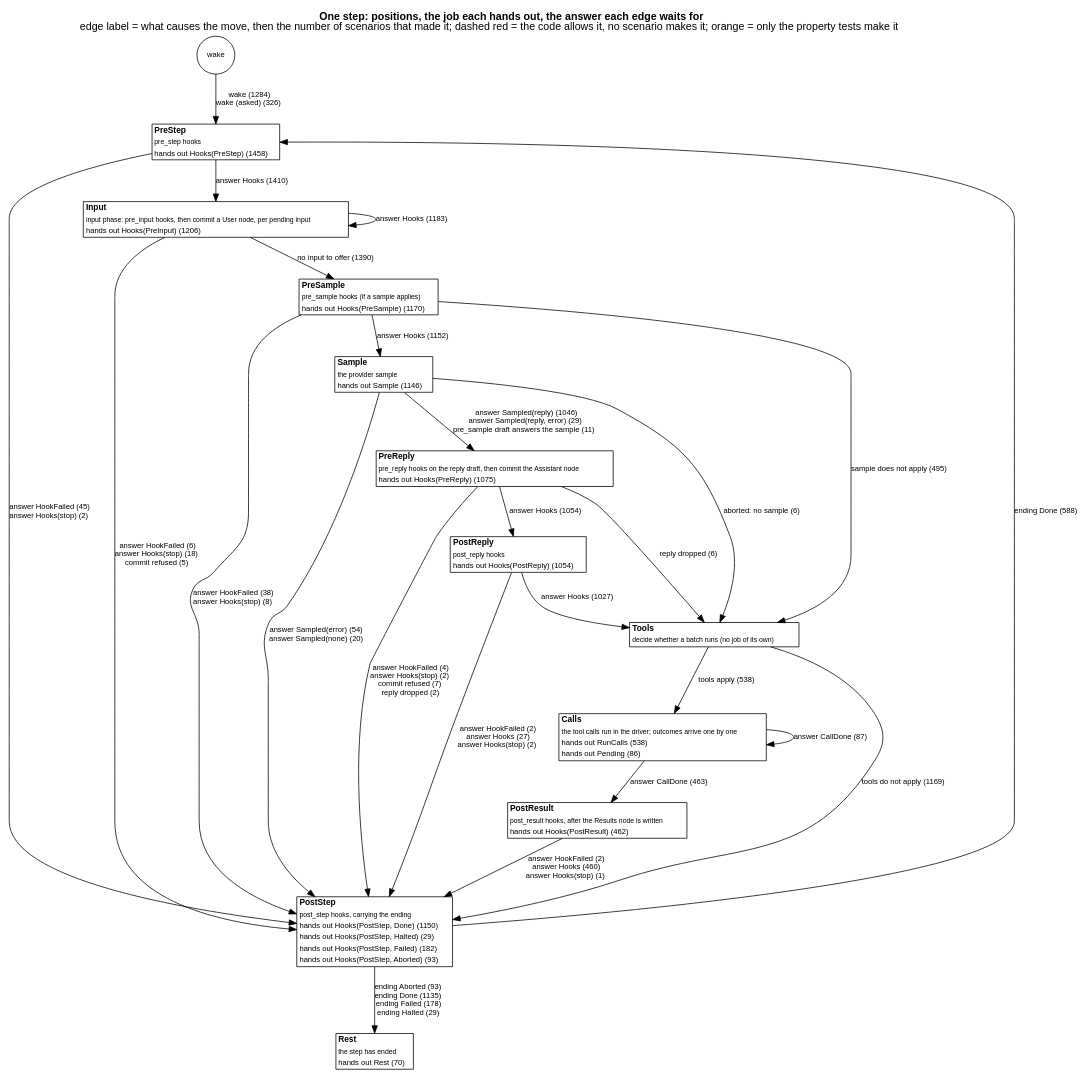
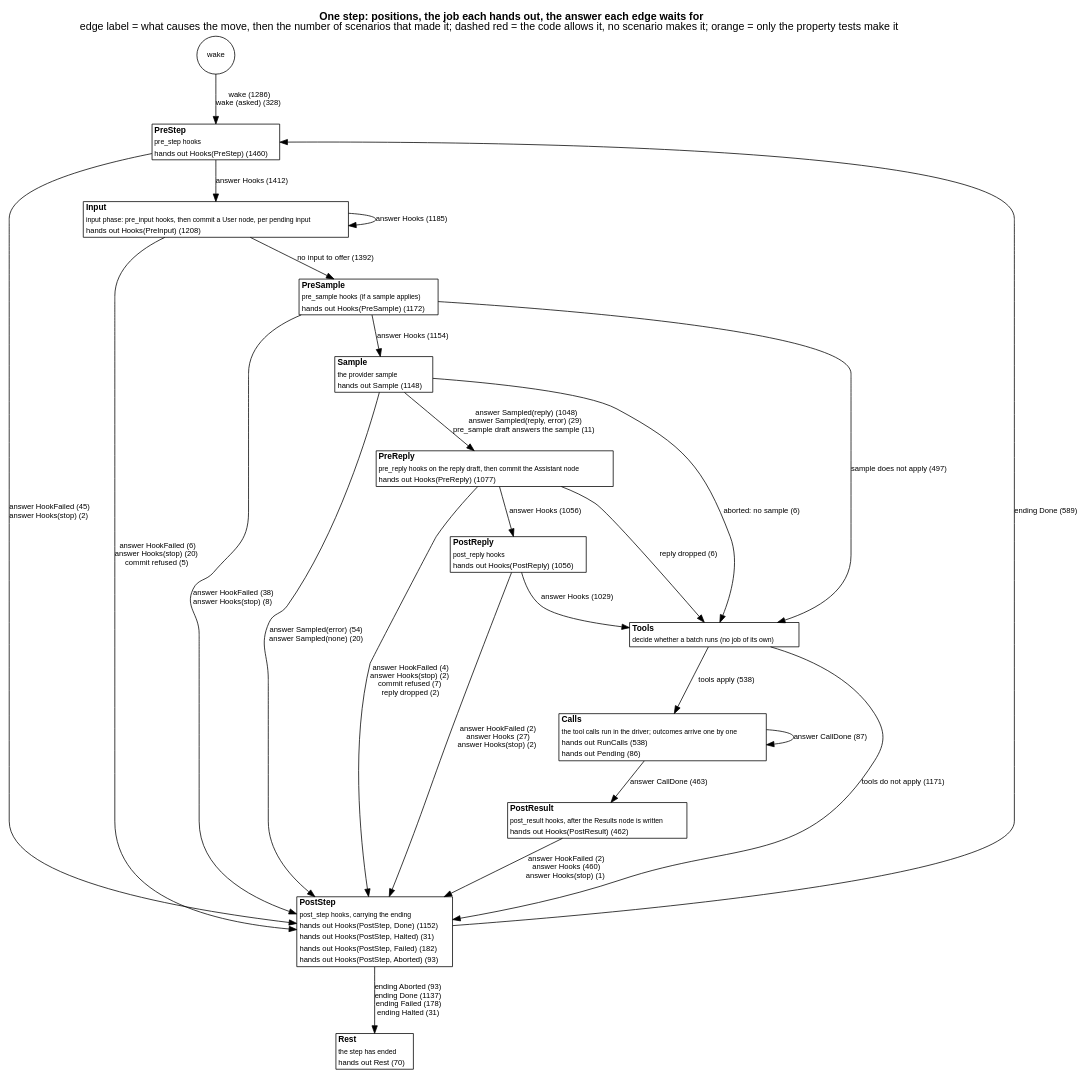
One commit to jmccardle/tau changed the diagram in docs/as-built/diagrams/step-positions.dot. Above: the diagram before and after it, drawn with Graphviz. The commit also changed 2 other files, not shown here.

Commit message:
Regenerate the step-positions diagrams for the new usage tests

```diff
--- a/docs/as-built/diagrams/step-positions.dot
+++ b/docs/as-built/diagrams/step-positions.dot
@@ -1,42 +1,42 @@
 // Generated by scripts/diagrams.sh from the test suites' transitions. Do not edit.
 digraph step_positions {
   graph [rankdir=TB, fontname="Helvetica", nodesep=0.5, ranksep=0.6, labelloc=t, label=<<b>One step: positions, the job each hands out, the answer each edge waits for</b><br/>edge label = what causes the move, then the number of scenarios that made it; dashed red = the code allows it, no scenario makes it; orange = only the property tests make it>];
   node [shape=plain, fontname="Helvetica", fontsize=11];
   edge [fontname="Helvetica", fontsize=10];
   "(wake)" [shape=circle, label="wake", fontsize=10];
-  "PreStep" [label=<<table border="1" cellborder="0" cellspacing="0" bgcolor="white"><tr><td align="left"><b>PreStep</b></td></tr><tr><td align="left"><font point-size="9">pre_step hooks</font></td></tr><tr><td align="left"><font color="black" point-size="10">hands out Hooks(PreStep) (1458)</font></td></tr></table>>];
-  "Input" [label=<<table border="1" cellborder="0" cellspacing="0" bgcolor="white"><tr><td align="left"><b>Input</b></td></tr><tr><td align="left"><font point-size="9">input phase: pre_input hooks, then commit a User node, per pending input</font></td></tr><tr><td align="left"><font color="black" point-size="10">hands out Hooks(PreInput) (1206)</font></td></tr></table>>];
-  "PreSample" [label=<<table border="1" cellborder="0" cellspacing="0" bgcolor="white"><tr><td align="left"><b>PreSample</b></td></tr><tr><td align="left"><font point-size="9">pre_sample hooks (if a sample applies)</font></td></tr><tr><td align="left"><font color="black" point-size="10">hands out Hooks(PreSample) (1170)</font></td></tr></table>>];
-  "Sample" [label=<<table border="1" cellborder="0" cellspacing="0" bgcolor="white"><tr><td align="left"><b>Sample</b></td></tr><tr><td align="left"><font point-size="9">the provider sample</font></td></tr><tr><td align="left"><font color="black" point-size="10">hands out Sample (1146)</font></td></tr></table>>];
-  "PreReply" [label=<<table border="1" cellborder="0" cellspacing="0" bgcolor="white"><tr><td align="left"><b>PreReply</b></td></tr><tr><td align="left"><font point-size="9">pre_reply hooks on the reply draft, then commit the Assistant node</font></td></tr><tr><td align="left"><font color="black" point-size="10">hands out Hooks(PreReply) (1075)</font></td></tr></table>>];
-  "PostReply" [label=<<table border="1" cellborder="0" cellspacing="0" bgcolor="white"><tr><td align="left"><b>PostReply</b></td></tr><tr><td align="left"><font point-size="9">post_reply hooks</font></td></tr><tr><td align="left"><font color="black" point-size="10">hands out Hooks(PostReply) (1054)</font></td></tr></table>>];
+  "PreStep" [label=<<table border="1" cellborder="0" cellspacing="0" bgcolor="white"><tr><td align="left"><b>PreStep</b></td></tr><tr><td align="left"><font point-size="9">pre_step hooks</font></td></tr><tr><td align="left"><font color="black" point-size="10">hands out Hooks(PreStep) (1460)</font></td></tr></table>>];
+  "Input" [label=<<table border="1" cellborder="0" cellspacing="0" bgcolor="white"><tr><td align="left"><b>Input</b></td></tr><tr><td align="left"><font point-size="9">input phase: pre_input hooks, then commit a User node, per pending input</font></td></tr><tr><td align="left"><font color="black" point-size="10">hands out Hooks(PreInput) (1208)</font></td></tr></table>>];
+  "PreSample" [label=<<table border="1" cellborder="0" cellspacing="0" bgcolor="white"><tr><td align="left"><b>PreSample</b></td></tr><tr><td align="left"><font point-size="9">pre_sample hooks (if a sample applies)</font></td></tr><tr><td align="left"><font color="black" point-size="10">hands out Hooks(PreSample) (1172)</font></td></tr></table>>];
+  "Sample" [label=<<table border="1" cellborder="0" cellspacing="0" bgcolor="white"><tr><td align="left"><b>Sample</b></td></tr><tr><td align="left"><font point-size="9">the provider sample</font></td></tr><tr><td align="left"><font color="black" point-size="10">hands out Sample (1148)</font></td></tr></table>>];
+  "PreReply" [label=<<table border="1" cellborder="0" cellspacing="0" bgcolor="white"><tr><td align="left"><b>PreReply</b></td></tr><tr><td align="left"><font point-size="9">pre_reply hooks on the reply draft, then commit the Assistant node</font></td></tr><tr><td align="left"><font color="black" point-size="10">hands out Hooks(PreReply) (1077)</font></td></tr></table>>];
+  "PostReply" [label=<<table border="1" cellborder="0" cellspacing="0" bgcolor="white"><tr><td align="left"><b>PostReply</b></td></tr><tr><td align="left"><font point-size="9">post_reply hooks</font></td></tr><tr><td align="left"><font color="black" point-size="10">hands out Hooks(PostReply) (1056)</font></td></tr></table>>];
   "Tools" [label=<<table border="1" cellborder="0" cellspacing="0" bgcolor="white"><tr><td align="left"><b>Tools</b></td></tr><tr><td align="left"><font point-size="9">decide whether a batch runs (no job of its own)</font></td></tr></table>>];
   "Calls" [label=<<table border="1" cellborder="0" cellspacing="0" bgcolor="white"><tr><td align="left"><b>Calls</b></td></tr><tr><td align="left"><font point-size="9">the tool calls run in the driver; outcomes arrive one by one</font></td></tr><tr><td align="left"><font color="black" point-size="10">hands out RunCalls (538)</font></td></tr><tr><td align="left"><font color="black" point-size="10">hands out Pending (86)</font></td></tr></table>>];
   "PostResult" [label=<<table border="1" cellborder="0" cellspacing="0" bgcolor="white"><tr><td align="left"><b>PostResult</b></td></tr><tr><td align="left"><font point-size="9">post_result hooks, after the Results node is written</font></td></tr><tr><td align="left"><font color="black" point-size="10">hands out Hooks(PostResult) (462)</font></td></tr></table>>];
-  "PostStep" [label=<<table border="1" cellborder="0" cellspacing="0" bgcolor="white"><tr><td align="left"><b>PostStep</b></td></tr><tr><td align="left"><font point-size="9">post_step hooks, carrying the ending</font></td></tr><tr><td align="left"><font color="black" point-size="10">hands out Hooks(PostStep, Done) (1150)</font></td></tr><tr><td align="left"><font color="black" point-size="10">hands out Hooks(PostStep, Halted) (29)</font></td></tr><tr><td align="left"><font color="black" point-size="10">hands out Hooks(PostStep, Failed) (182)</font></td></tr><tr><td align="left"><font color="black" point-size="10">hands out Hooks(PostStep, Aborted) (93)</font></td></tr></table>>];
+  "PostStep" [label=<<table border="1" cellborder="0" cellspacing="0" bgcolor="white"><tr><td align="left"><b>PostStep</b></td></tr><tr><td align="left"><font point-size="9">post_step hooks, carrying the ending</font></td></tr><tr><td align="left"><font color="black" point-size="10">hands out Hooks(PostStep, Done) (1152)</font></td></tr><tr><td align="left"><font color="black" point-size="10">hands out Hooks(PostStep, Halted) (31)</font></td></tr><tr><td align="left"><font color="black" point-size="10">hands out Hooks(PostStep, Failed) (182)</font></td></tr><tr><td align="left"><font color="black" point-size="10">hands out Hooks(PostStep, Aborted) (93)</font></td></tr></table>>];
   "Rest" [label=<<table border="1" cellborder="0" cellspacing="0" bgcolor="white"><tr><td align="left"><b>Rest</b></td></tr><tr><td align="left"><font point-size="9">the step has ended</font></td></tr><tr><td align="left"><font color="black" point-size="10">hands out Rest (70)</font></td></tr></table>>];
-  "(wake)" -> "PreStep" [label=<wake (1284)<br/>wake (asked) (326)>, color="black", style=solid];
+  "(wake)" -> "PreStep" [label=<wake (1286)<br/>wake (asked) (328)>, color="black", style=solid];
   "Calls" -> "Calls" [label=<answer CallDone (87)>, color="black", style=solid];
   "Calls" -> "PostResult" [label=<answer CallDone (463)>, color="black", style=solid];
-  "Input" -> "Input" [label=<answer Hooks (1183)>, color="black", style=solid];
-  "Input" -> "PostStep" [label=<answer HookFailed (6)<br/>answer Hooks(stop) (18)<br/>commit refused (5)>, color="black", style=solid];
-  "Input" -> "PreSample" [label=<no input to offer (1390)>, color="black", style=solid];
+  "Input" -> "Input" [label=<answer Hooks (1185)>, color="black", style=solid];
+  "Input" -> "PostStep" [label=<answer HookFailed (6)<br/>answer Hooks(stop) (20)<br/>commit refused (5)>, color="black", style=solid];
+  "Input" -> "PreSample" [label=<no input to offer (1392)>, color="black", style=solid];
   "PostReply" -> "PostStep" [label=<answer HookFailed (2)<br/>answer Hooks (27)<br/>answer Hooks(stop) (2)>, color="black", style=solid];
-  "PostReply" -> "Tools" [label=<answer Hooks (1027)>, color="black", style=solid];
+  "PostReply" -> "Tools" [label=<answer Hooks (1029)>, color="black", style=solid];
   "PostResult" -> "PostStep" [label=<answer HookFailed (2)<br/>answer Hooks (460)<br/>answer Hooks(stop) (1)>, color="black", style=solid];
-  "PostStep" -> "PreStep" [label=<ending Done (588)>, color="black", style=solid];
-  "PostStep" -> "Rest" [label=<ending Aborted (93)<br/>ending Done (1135)<br/>ending Failed (178)<br/>ending Halted (29)>, color="black", style=solid];
-  "PreReply" -> "PostReply" [label=<answer Hooks (1054)>, color="black", style=solid];
+  "PostStep" -> "PreStep" [label=<ending Done (589)>, color="black", style=solid];
+  "PostStep" -> "Rest" [label=<ending Aborted (93)<br/>ending Done (1137)<br/>ending Failed (178)<br/>ending Halted (31)>, color="black", style=solid];
+  "PreReply" -> "PostReply" [label=<answer Hooks (1056)>, color="black", style=solid];
   "PreReply" -> "PostStep" [label=<answer HookFailed (4)<br/>answer Hooks(stop) (2)<br/>commit refused (7)<br/>reply dropped (2)>, color="black", style=solid];
   "PreReply" -> "Tools" [label=<reply dropped (6)>, color="black", style=solid];
   "PreSample" -> "PostStep" [label=<answer HookFailed (38)<br/>answer Hooks(stop) (8)>, color="black", style=solid];
-  "PreSample" -> "Sample" [label=<answer Hooks (1152)>, color="black", style=solid];
-  "PreSample" -> "Tools" [label=<sample does not apply (495)>, color="black", style=solid];
-  "PreStep" -> "Input" [label=<answer Hooks (1410)>, color="black", style=solid];
+  "PreSample" -> "Sample" [label=<answer Hooks (1154)>, color="black", style=solid];
+  "PreSample" -> "Tools" [label=<sample does not apply (497)>, color="black", style=solid];
+  "PreStep" -> "Input" [label=<answer Hooks (1412)>, color="black", style=solid];
   "PreStep" -> "PostStep" [label=<answer HookFailed (45)<br/>answer Hooks(stop) (2)>, color="black", style=solid];
   "Sample" -> "PostStep" [label=<answer Sampled(error) (54)<br/>answer Sampled(none) (20)>, color="black", style=solid];
-  "Sample" -> "PreReply" [label=<answer Sampled(reply) (1046)<br/>answer Sampled(reply, error) (29)<br/>pre_sample draft answers the sample (11)>, color="black", style=solid];
+  "Sample" -> "PreReply" [label=<answer Sampled(reply) (1048)<br/>answer Sampled(reply, error) (29)<br/>pre_sample draft answers the sample (11)>, color="black", style=solid];
   "Sample" -> "Tools" [label=<aborted: no sample (6)>, color="black", style=solid];
   "Tools" -> "Calls" [label=<tools apply (538)>, color="black", style=solid];
-  "Tools" -> "PostStep" [label=<tools do not apply (1169)>, color="black", style=solid];
+  "Tools" -> "PostStep" [label=<tools do not apply (1171)>, color="black", style=solid];
 }
```
